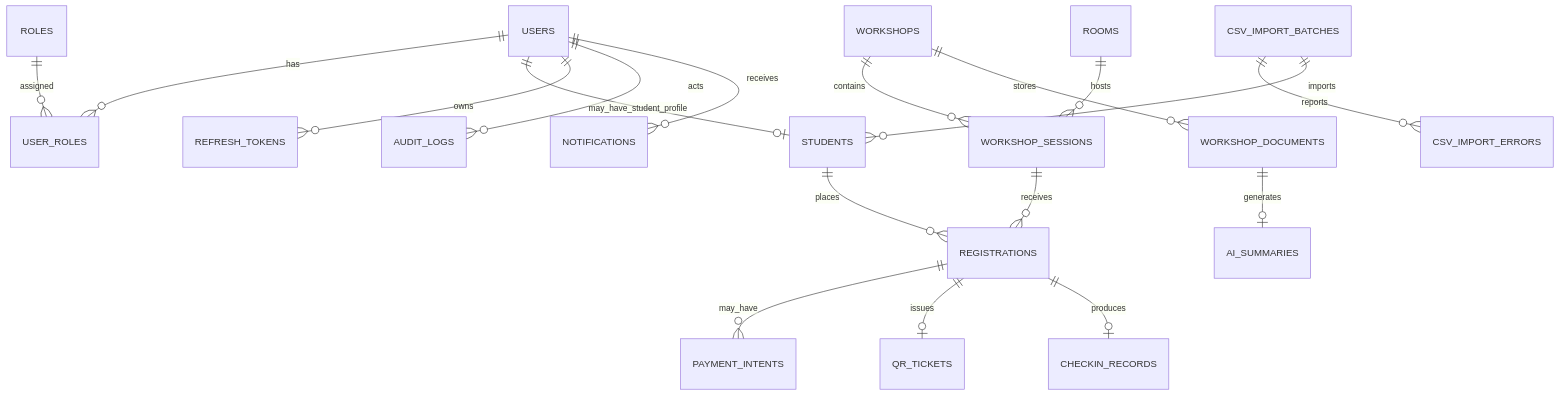
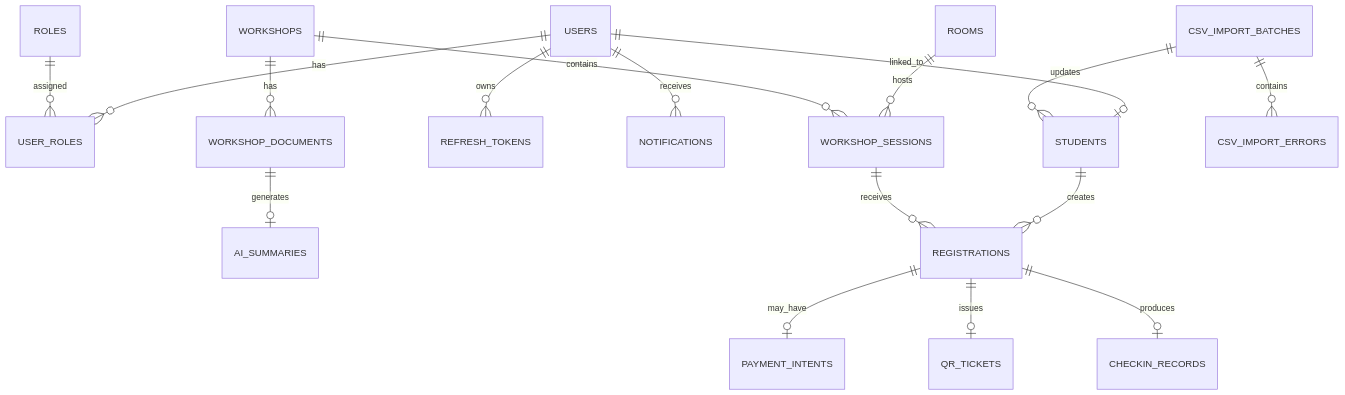
One commit to NguyenThanhTien539/unihub-workshop-system changed the diagram in blueprint/database.md. Above: the diagram before and after it, drawn with Mermaid. The commit also changed other lines of this file and 2 other files, not shown here.

````diff
--- a/blueprint/database.md
+++ b/blueprint/database.md
@@ -30,28 +31,25 @@
 ```mermaid
 erDiagram
     USERS ||--o{ USER_ROLES : has
     ROLES ||--o{ USER_ROLES : assigned
 
-    USERS ||--o| STUDENTS : may_have_student_profile
-
+    USERS ||--o| STUDENTS : linked_to
     USERS ||--o{ REFRESH_TOKENS : owns
-    USERS ||--o{ AUDIT_LOGS : acts
+    USERS ||--o{ NOTIFICATIONS : receives
 
     ROOMS ||--o{ WORKSHOP_SESSIONS : hosts
     WORKSHOPS ||--o{ WORKSHOP_SESSIONS : contains
-    WORKSHOPS ||--o{ WORKSHOP_DOCUMENTS : stores
+    WORKSHOPS ||--o{ WORKSHOP_DOCUMENTS : has
 
     WORKSHOP_DOCUMENTS ||--o| AI_SUMMARIES : generates
 
-    STUDENTS ||--o{ REGISTRATIONS : places
+    STUDENTS ||--o{ REGISTRATIONS : creates
     WORKSHOP_SESSIONS ||--o{ REGISTRATIONS : receives
 
-    REGISTRATIONS ||--o{ PAYMENT_INTENTS : may_have
+    REGISTRATIONS ||--o| PAYMENT_INTENTS : may_have
     REGISTRATIONS ||--o| QR_TICKETS : issues
     REGISTRATIONS ||--o| CHECKIN_RECORDS : produces
 
-    USERS ||--o{ NOTIFICATIONS : receives
-
-    CSV_IMPORT_BATCHES ||--o{ CSV_IMPORT_ERRORS : reports
-    CSV_IMPORT_BATCHES ||--o{ STUDENTS : imports
+    CSV_IMPORT_BATCHES ||--o{ CSV_IMPORT_ERRORS : contains
+    CSV_IMPORT_BATCHES ||--o{ STUDENTS : updates
 ```
````
